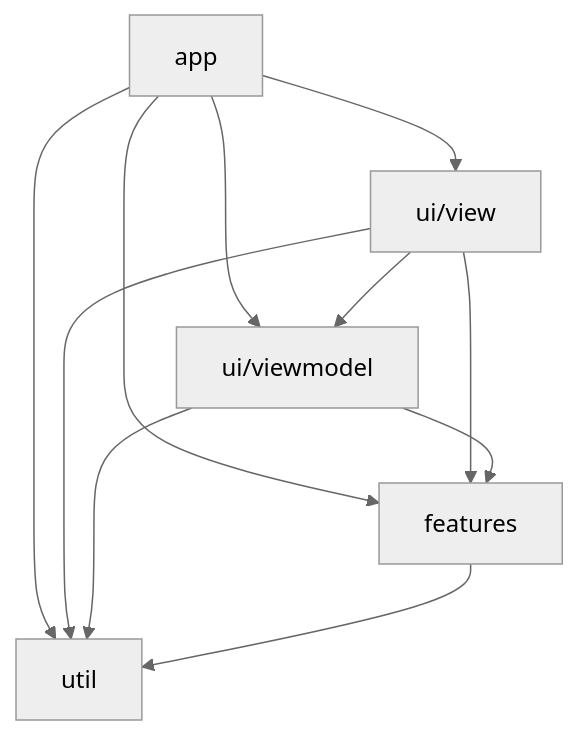
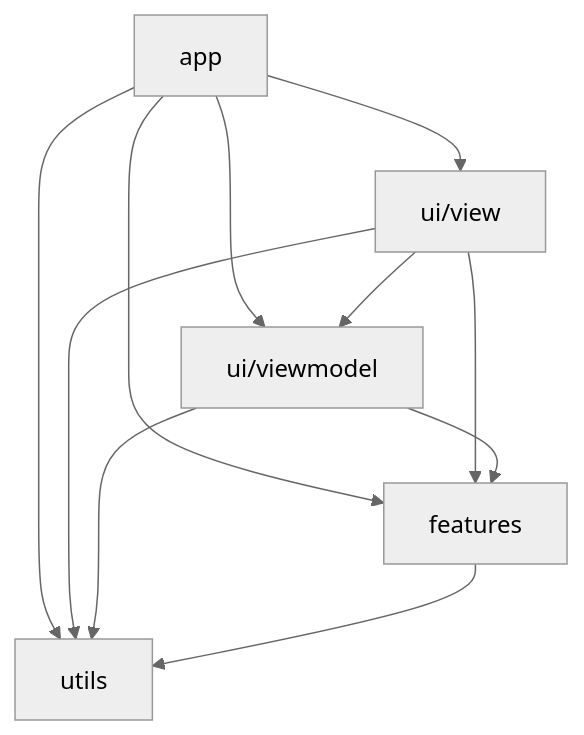
Before and after one commit to DebuNeko233/mygo-music: the diagram in docs/architecture.md, drawn with Mermaid (neutral theme). The commit also changed other lines of this file and 27 other files, not shown here.

````diff
--- a/docs/architecture.md
+++ b/docs/architecture.md
@@ -40,13 +40,13 @@
 ```mermaid
 flowchart TD
     App[app] --> View[ui/view]
     App --> VM[ui/viewmodel]
     App --> Features[features]
-    App --> Util[util]
+    App --> Util[utils]
     View --> VM
     View --> Features
     View --> Util
     VM --> Features
     VM --> Util
     Features --> Util
 ```
````
